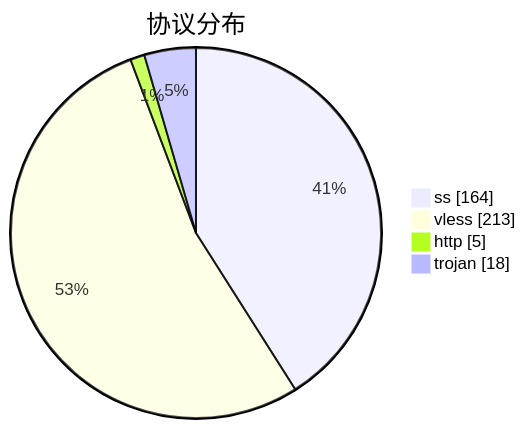
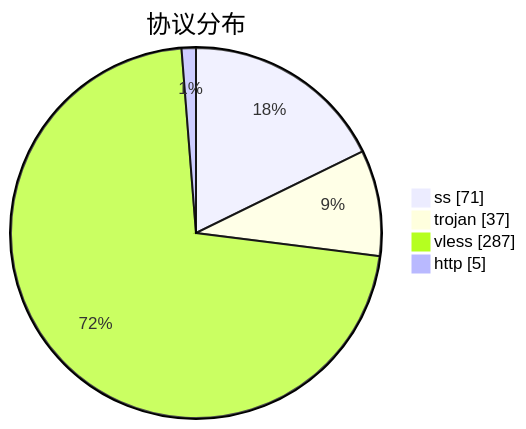
One commit to qjlxg/airport changed the third of 3 diagrams in subs/statistics/tested_within.md. Above: the diagram before and after it, drawn with Mermaid. The commit also changed other lines of this file and 2 other files, not shown here.

````diff
--- a/subs/statistics/tested_within.md
+++ b/subs/statistics/tested_within.md
@@ -35,8 +36,8 @@
 ```mermaid
 pie showData
 title 协议分布
-"ss" : 164
-"vless" : 213
+"ss" : 71
+"trojan" : 37
+"vless" : 287
 "http" : 5
-"trojan" : 18
 ```
````
